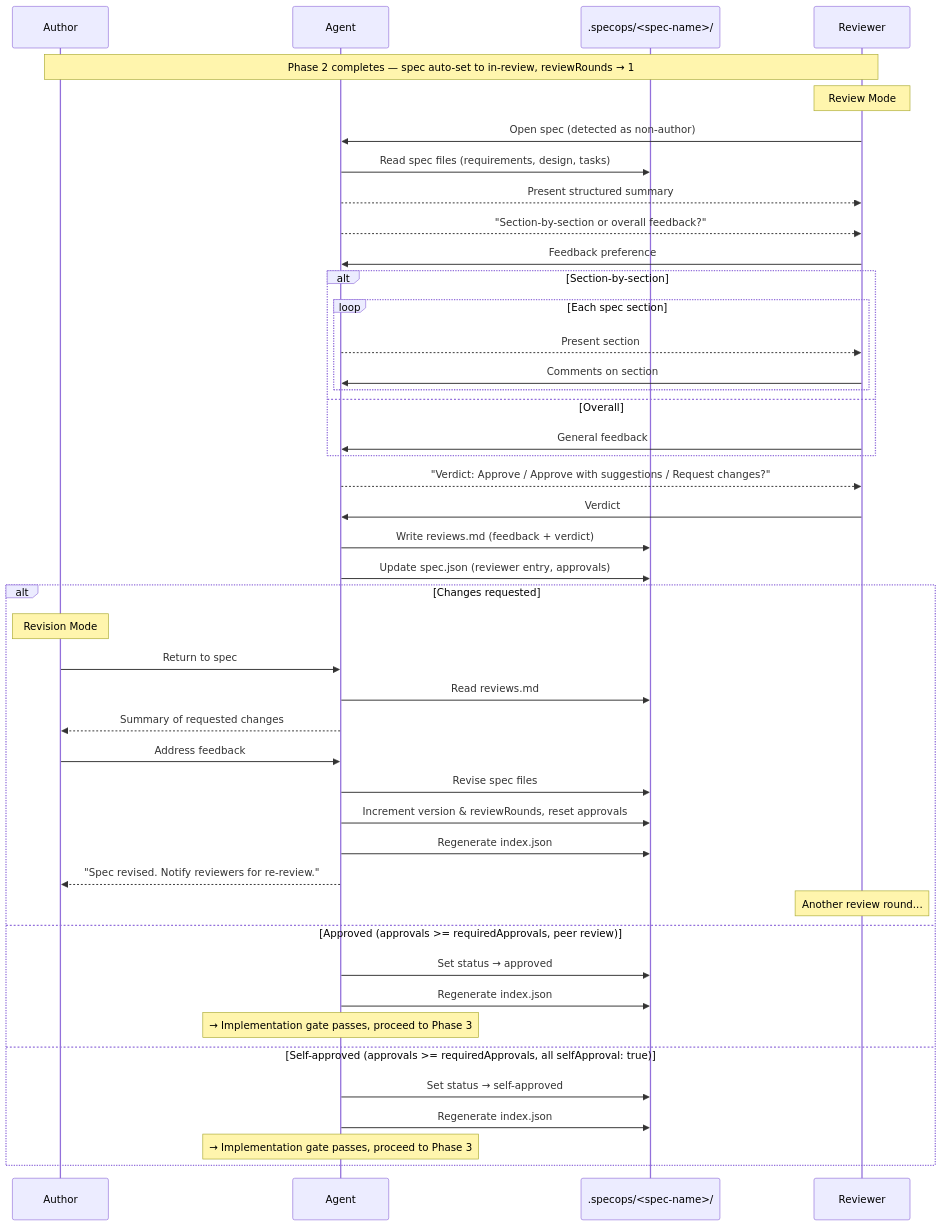
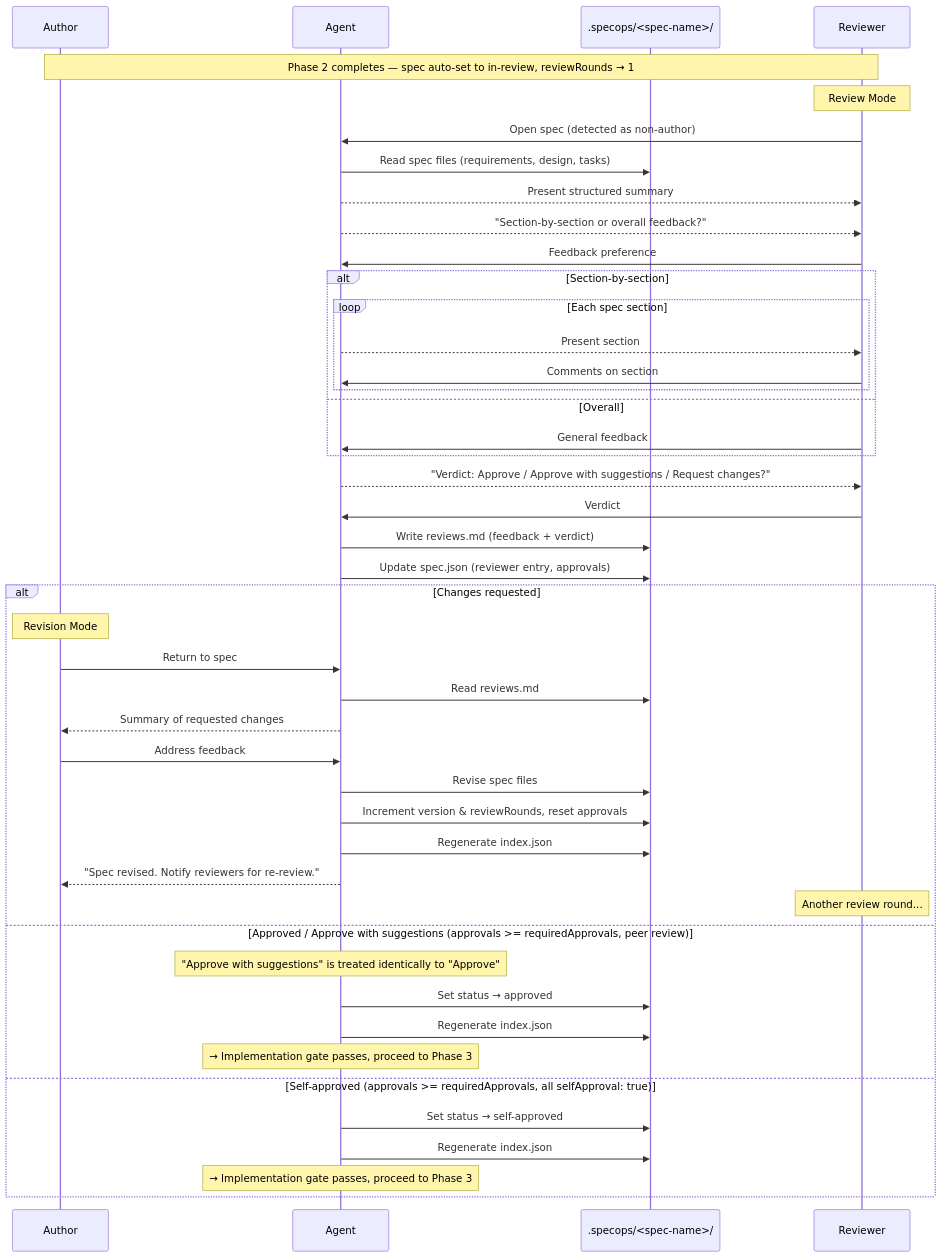
Before and after one commit to sanmak/specops: the third of 8 diagrams in docs/DIAGRAMS.md, drawn with Mermaid. The commit also changed other lines of this file, not shown here.

First line of the commit message:
fix: address remaining PR #13 review comments — diagram accuracy

````diff
--- a/docs/DIAGRAMS.md
+++ b/docs/DIAGRAMS.md
@@ -158,53 +158,54 @@
 ```mermaid
 sequenceDiagram
     participant Author
     participant A as Agent
     participant S as .specops/<spec-name>/
     participant Reviewer
 
     Note over Author,Reviewer: Phase 2 completes — spec auto-set to in-review, reviewRounds → 1
 
     Note over Reviewer: Review Mode
 
     Reviewer->>A: Open spec (detected as non-author)
     A->>S: Read spec files (requirements, design, tasks)
     A-->>Reviewer: Present structured summary
     A-->>Reviewer: "Section-by-section or overall feedback?"
     Reviewer->>A: Feedback preference
 
     alt Section-by-section
         loop Each spec section
             A-->>Reviewer: Present section
             Reviewer->>A: Comments on section
         end
     else Overall
         Reviewer->>A: General feedback
     end
 
     A-->>Reviewer: "Verdict: Approve / Approve with suggestions / Request changes?"
     Reviewer->>A: Verdict
 
     A->>S: Write reviews.md (feedback + verdict)
     A->>S: Update spec.json (reviewer entry, approvals)
 
     alt Changes requested
         Note over Author: Revision Mode
         Author->>A: Return to spec
         A->>S: Read reviews.md
         A-->>Author: Summary of requested changes
         Author->>A: Address feedback
         A->>S: Revise spec files
         A->>S: Increment version & reviewRounds, reset approvals
         A->>S: Regenerate index.json
         A-->>Author: "Spec revised. Notify reviewers for re-review."
         Note over Reviewer: Another review round...
-    else Approved (approvals >= requiredApprovals, peer review)
+    else Approved / Approve with suggestions (approvals >= requiredApprovals, peer review)
+        Note over A: "Approve with suggestions" is treated identically to "Approve"
         A->>S: Set status → approved
         A->>S: Regenerate index.json
         Note over A: → Implementation gate passes, proceed to Phase 3
     else Self-approved (approvals >= requiredApprovals, all selfApproval: true)
         A->>S: Set status → self-approved
         A->>S: Regenerate index.json
         Note over A: → Implementation gate passes, proceed to Phase 3
     end
 ```
````
